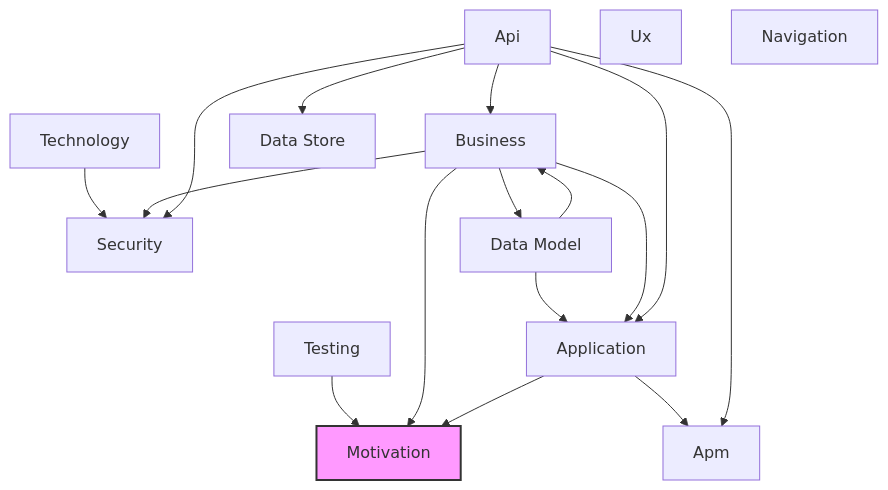
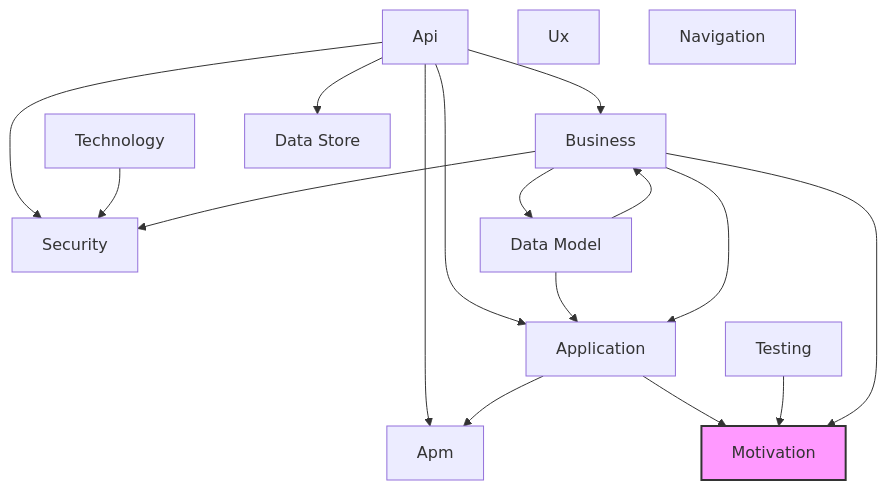
Before and after one commit to tinkermonkey/documentation_robotics: the second of 2 diagrams in spec/browser/01-motivation-layer-report.md, drawn with Mermaid. The commit also changed other lines of this file and 13 other files, not shown here.

````diff
--- a/spec/browser/01-motivation-layer-report.md
+++ b/spec/browser/01-motivation-layer-report.md
@@ -139,32 +139,32 @@
 ```mermaid
 flowchart TB
   classDef current fill:#f9f,stroke:#333,stroke-width:2px
   motivation["Motivation"]
   business["Business"]
   security["Security"]
   application["Application"]
   technology["Technology"]
   api["Api"]
   data_model["Data Model"]
   data_store["Data Store"]
   ux["Ux"]
   navigation["Navigation"]
   apm["Apm"]
   testing["Testing"]
-  testing --> motivation
-  technology --> security
+  api --> business
+  api --> application
+  api --> data_store
+  api --> security
+  api --> apm
   data_model --> application
   data_model --> business
+  application --> apm
+  application --> motivation
+  technology --> security
+  testing --> motivation
+  business --> security
+  business --> application
+  business --> motivation
   business --> data_model
-  business --> application
-  business --> security
-  business --> motivation
-  application --> motivation
-  application --> apm
-  api --> apm
-  api --> application
-  api --> business
-  api --> security
-  api --> data_store
   class motivation current
 ```
````
